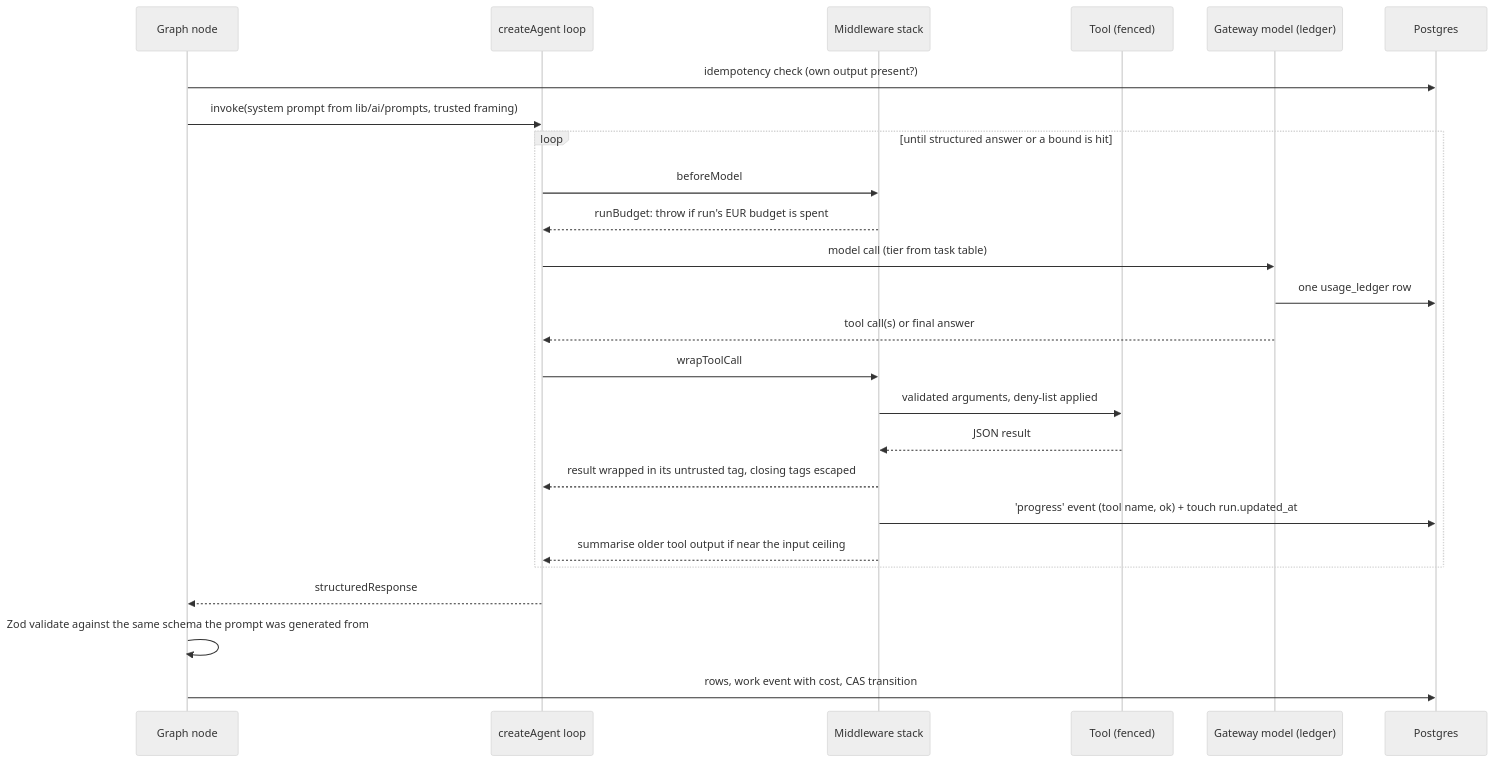
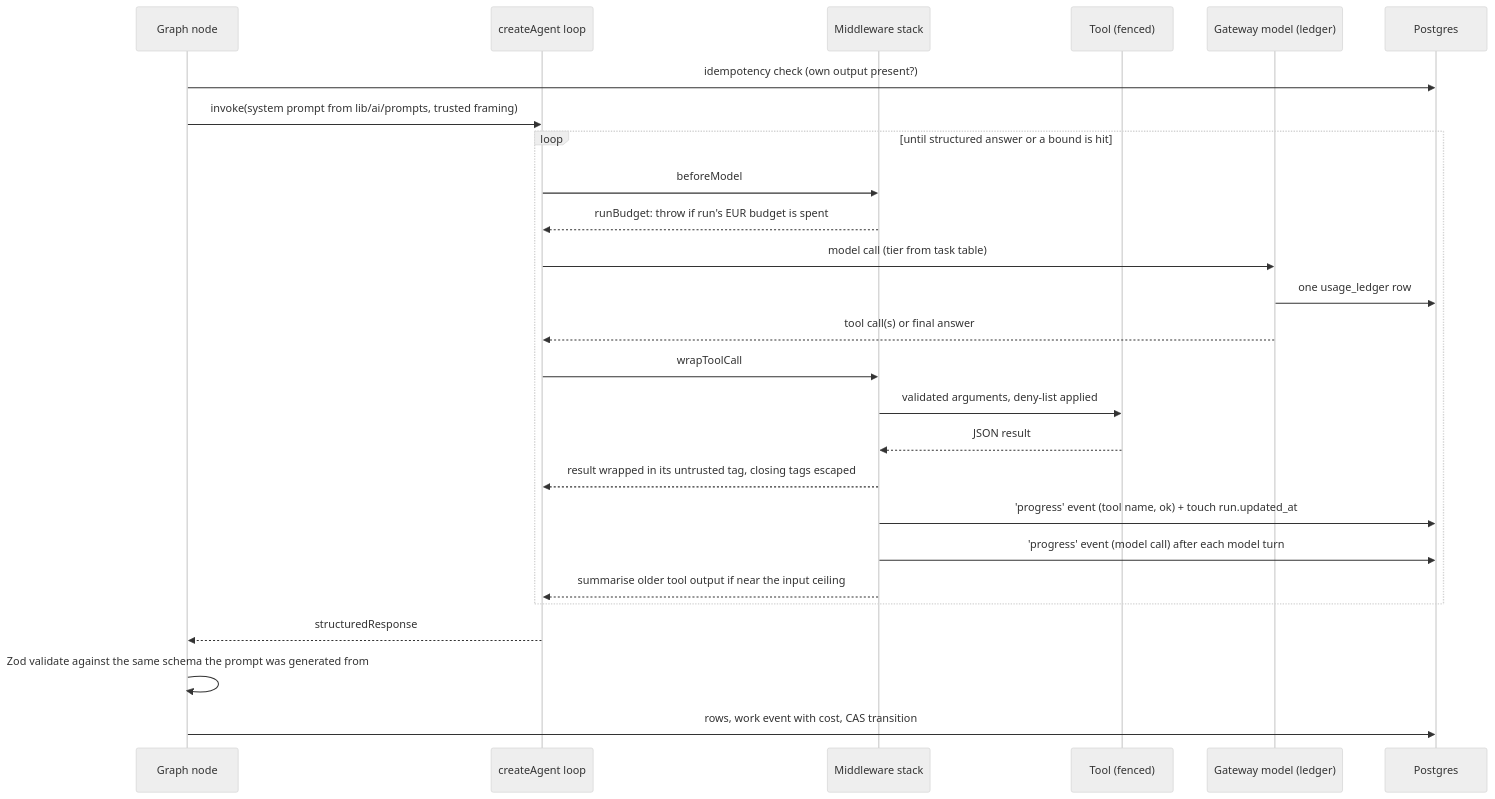
Before and after one commit to NehalKhare/deutsch-partner: the third of 4 diagrams in docs/product-ops-agents.md, drawn with Mermaid (neutral theme). The commit also changed other lines of this file and 103 other files, not shown here.

````diff
--- a/docs/product-ops-agents.md
+++ b/docs/product-ops-agents.md
@@ -138,28 +152,29 @@
 ```mermaid
 sequenceDiagram
     participant Node as Graph node
     participant Agent as createAgent loop
     participant MW as Middleware stack
     participant Tool as Tool (fenced)
     participant GW as Gateway model (ledger)
     participant DB as Postgres
 
     Node->>DB: idempotency check (own output present?)
     Node->>Agent: invoke(system prompt from lib/ai/prompts, trusted framing)
     loop until structured answer or a bound is hit
         Agent->>MW: beforeModel
         MW-->>Agent: runBudget: throw if run's EUR budget is spent
         Agent->>GW: model call (tier from task table)
         GW->>DB: one usage_ledger row
         GW-->>Agent: tool call(s) or final answer
         Agent->>MW: wrapToolCall
         MW->>Tool: validated arguments, deny-list applied
         Tool-->>MW: JSON result
         MW-->>Agent: result wrapped in its untrusted tag, closing tags escaped
         MW->>DB: 'progress' event (tool name, ok) + touch run.updated_at
+        MW->>DB: 'progress' event (model call) after each model turn
         MW-->>Agent: summarise older tool output if near the input ceiling
     end
     Agent-->>Node: structuredResponse
     Node->>Node: Zod validate against the same schema the prompt was generated from
     Node->>DB: rows, work event with cost, CAS transition
 ```
````
